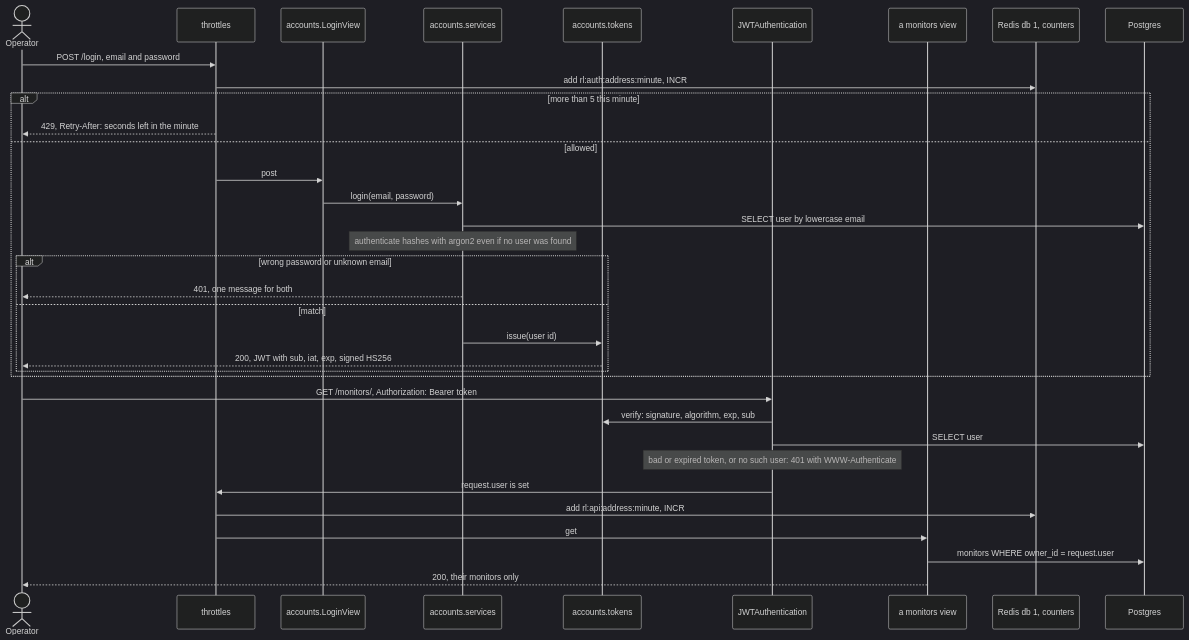
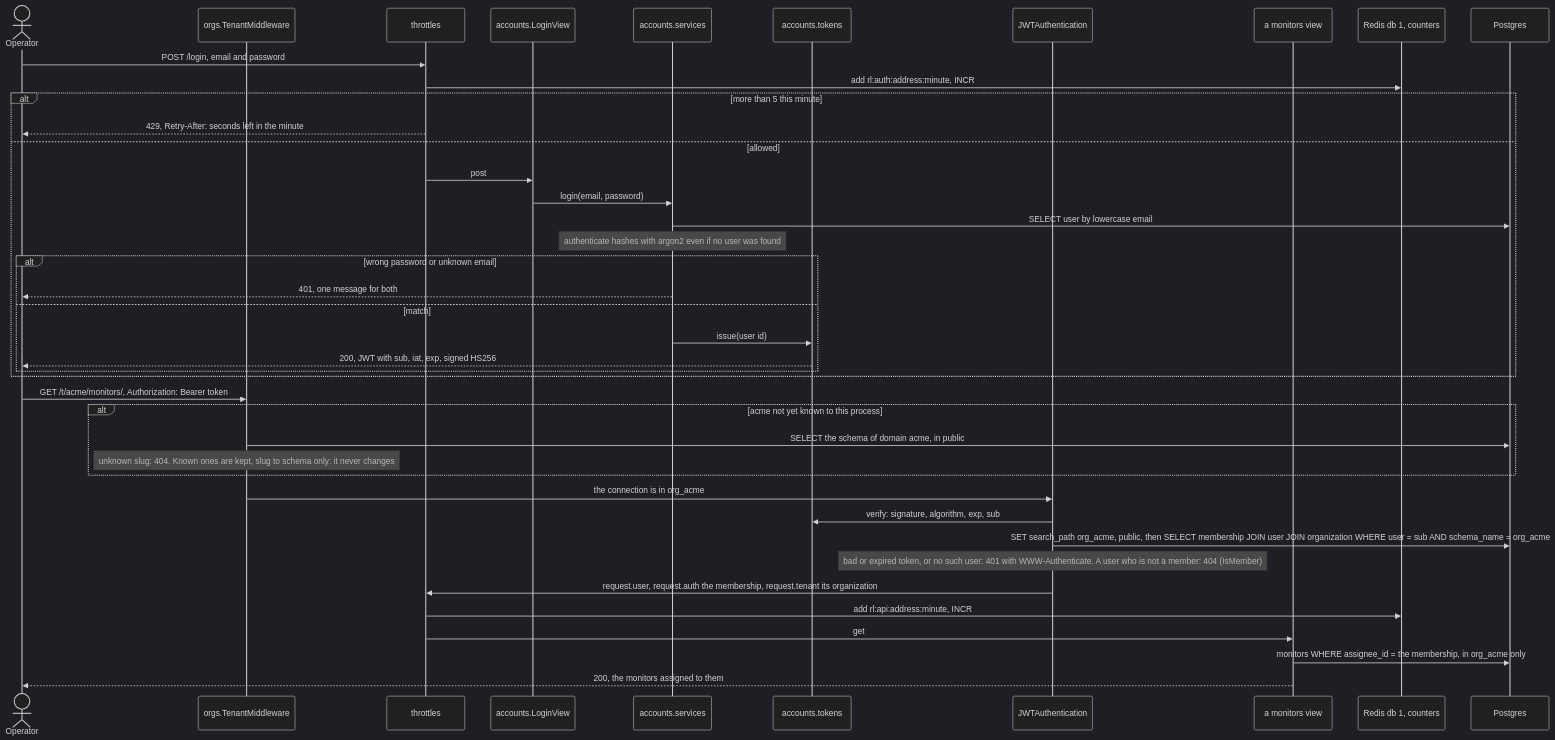
One commit to wbaghdadi20/pulse changed the seventh of 13 diagrams in ARCHITECTURE.md. Above: the diagram before and after it, drawn with Mermaid (dark theme). The commit also changed other lines of this file, not shown here.

Commit message:
docs: the architecture with organizations, their schemas and the assignee

````diff
--- a/ARCHITECTURE.md
+++ b/ARCHITECTURE.md
@@ -408,39 +459,45 @@
 ```mermaid
 sequenceDiagram
     actor Operator
+    participant M as orgs.TenantMiddleware
     participant T as throttles
     participant L as accounts.LoginView
     participant S as accounts.services
     participant J as accounts.tokens
     participant A as JWTAuthentication
     participant V as a monitors view
     participant C as Redis db 1, counters
     participant DB as Postgres
 
     Operator->>T: POST /login, email and password
     T->>C: add rl:auth:address:minute, INCR
     alt more than 5 this minute
         T-->>Operator: 429, Retry-After: seconds left in the minute
     else allowed
         T->>L: post
         L->>S: login(email, password)
         S->>DB: SELECT user by lowercase email
         Note over S: authenticate hashes with argon2 even if no user was found
         alt wrong password or unknown email
             S-->>Operator: 401, one message for both
         else match
             S->>J: issue(user id)
             J-->>Operator: 200, JWT with sub, iat, exp, signed HS256
         end
     end
 
-    Operator->>A: GET /monitors/, Authorization: Bearer token
+    Operator->>M: GET /t/acme/monitors/, Authorization: Bearer token
+    alt acme not yet known to this process
+        M->>DB: SELECT the schema of domain acme, in public
+        Note over M: unknown slug: 404. Known ones are kept, slug to schema only: it never changes
+    end
+    M->>A: the connection is in org_acme
     A->>J: verify: signature, algorithm, exp, sub
-    A->>DB: SELECT user
-    Note over A: bad or expired token, or no such user: 401 with WWW-Authenticate
-    A->>T: request.user is set
+    A->>DB: SET search_path org_acme, public, then SELECT membership JOIN user JOIN organization WHERE user = sub AND schema_name = org_acme
+    Note over A: bad or expired token, or no such user: 401 with WWW-Authenticate. A user who is not a member: 404 (IsMember)
+    A->>T: request.user, request.auth the membership, request.tenant its organization
     T->>C: add rl:api:address:minute, INCR
     T->>V: get
-    V->>DB: monitors WHERE owner_id = request.user
-    V-->>Operator: 200, their monitors only
+    V->>DB: monitors WHERE assignee_id = the membership, in org_acme only
+    V-->>Operator: 200, the monitors assigned to them
 ```
````
